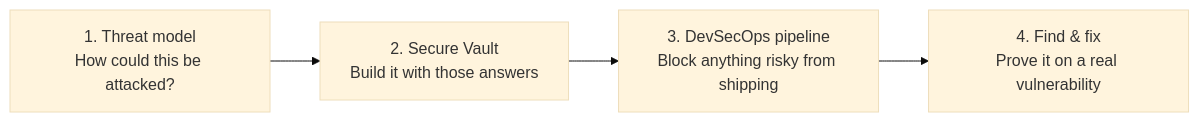
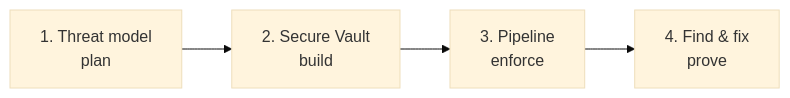
The diagram in README.md (funsoi-hub/funsoi-hub), drawn with Mermaid (base theme) before and after one commit.

Commit message:
Tidy diagram

````diff
--- a/README.md
+++ b/README.md
@@ -23,6 +23,6 @@
 ```mermaid
 flowchart LR
-    A["1. Threat model<br/>How could this be attacked?"] --> B["2. Secure Vault<br/>Build it with those answers"]
-    B --> C["3. DevSecOps pipeline<br/>Block anything risky from shipping"]
-    C --> D["4. Find & fix<br/>Prove it on a real vulnerability"]
+    A["1. Threat model<br/>plan"] --> B["2. Secure Vault<br/>build"]
+    B --> C["3. Pipeline<br/>enforce"]
+    C --> D["4. Find & fix<br/>prove"]
 ```
````
